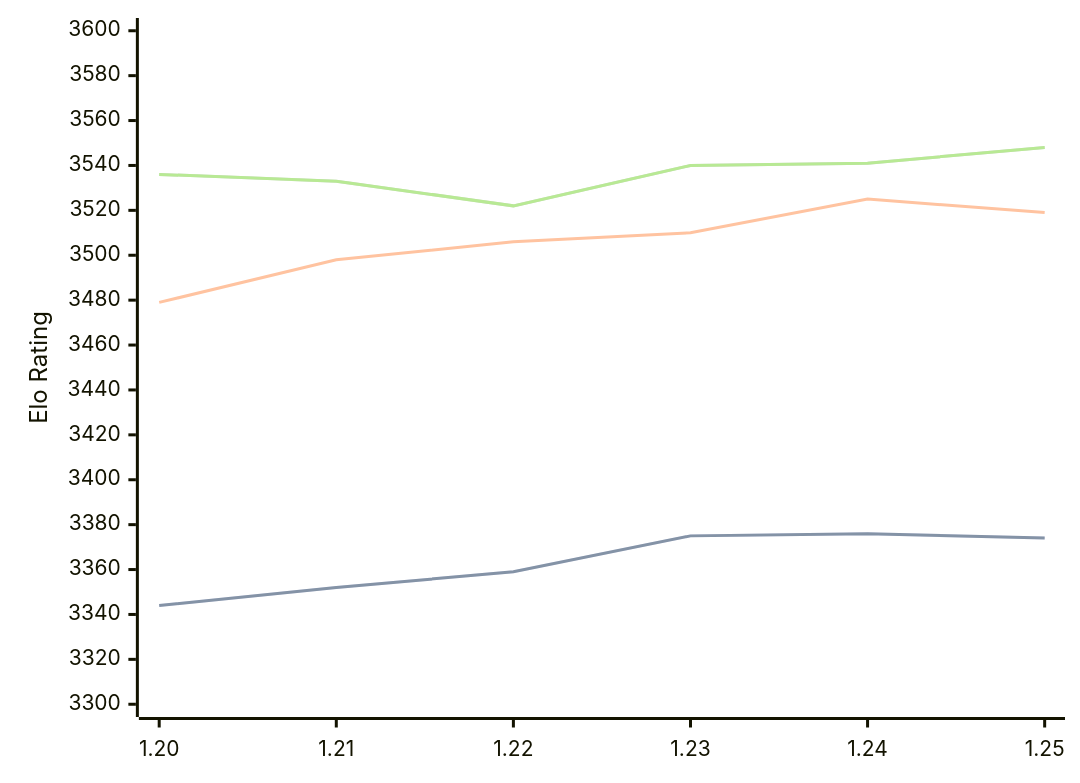
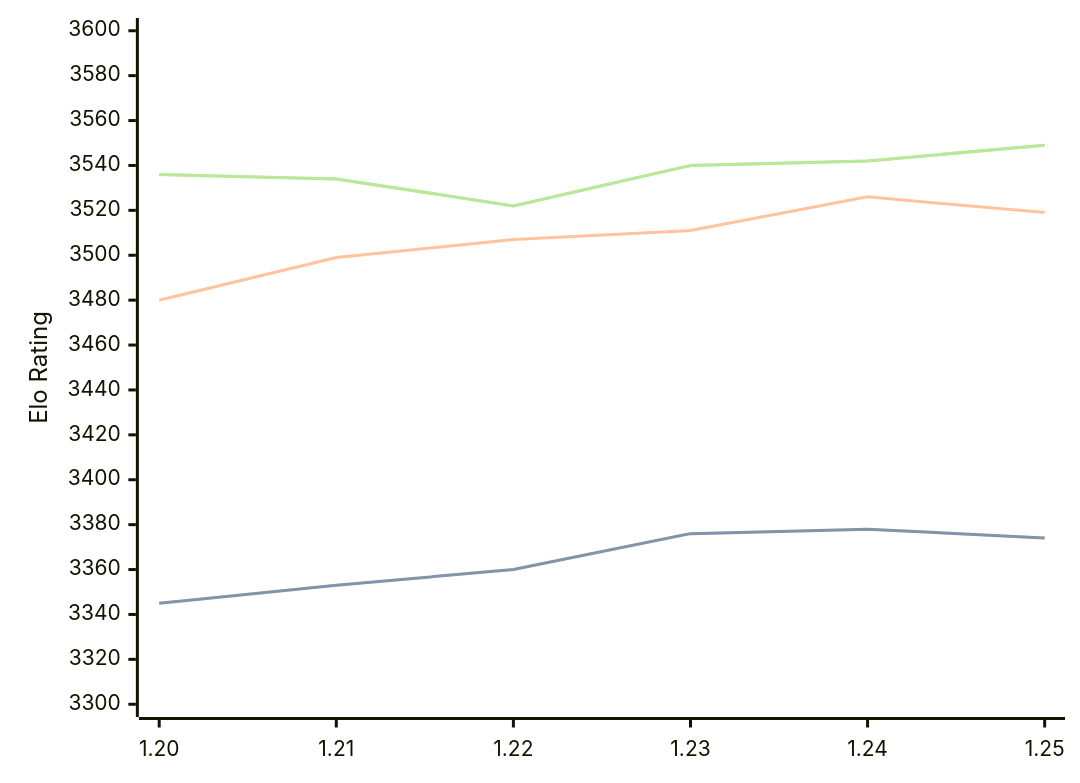
The first of 3 diagrams in engines/Caissa.md (computer-chess-index/cci), drawn with Mermaid before and after one commit. The commit also changed other lines of this file, not shown here.

Commit message:
Update CCI Ratings (ELO VLTC) - 2026-07-12

````diff
--- a/engines/Caissa.md
+++ b/engines/Caissa.md
@@ -65,11 +65,11 @@
 ```mermaid
 %%{init: {"theme":"base","themeVariables":{"seriesColors:['#a3a3a3','#222221','#faa371']}}}%%
 xychart-beta
   x-axis ["1.20", "1.21", "1.22", "1.23", "1.24", "1.25"]
   y-axis "Elo Rating" 3300 --> 3600
-  line "STC (8.0+0.08s)" [3344, 3352, 3359, 3375, 3376, 3374]
-  line "STC (8.0+0.08s)" [3344, 3352, 3359, 3375, 3376, 3374]
-  line "LTC (60.0+0.60s)" [3479, 3498, 3506, 3510, 3525, 3519]
-  line "VLTC (2m24s+1.12s)" [3536, 3533, 3522, 3540, 3541, 3548]
-  line "VLTC (2m24s+1.12s)" [3536, 3533, 3522, 3540, 3541, 3548]
+  line "STC (8.0+0.08s)" [3345, 3353, 3360, 3376, 3378, 3374]
+  line "STC (8.0+0.08s)" [3345, 3353, 3360, 3376, 3378, 3374]
+  line "LTC (60.0+0.60s)" [3480, 3499, 3507, 3511, 3526, 3519]
+  line "VLTC (2m24s+1.12s)" [3536, 3534, 3522, 3540, 3542, 3549]
+  line "VLTC (2m24s+1.12s)" [3536, 3534, 3522, 3540, 3542, 3549]
 ```
````
